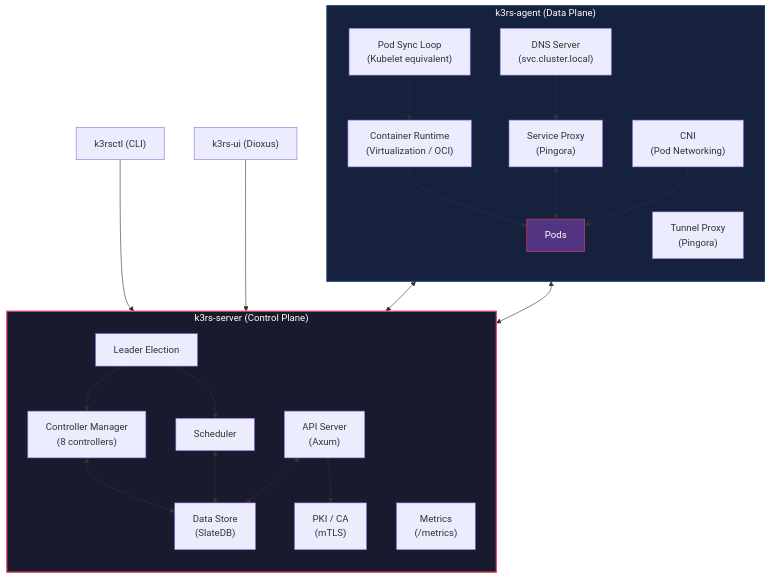
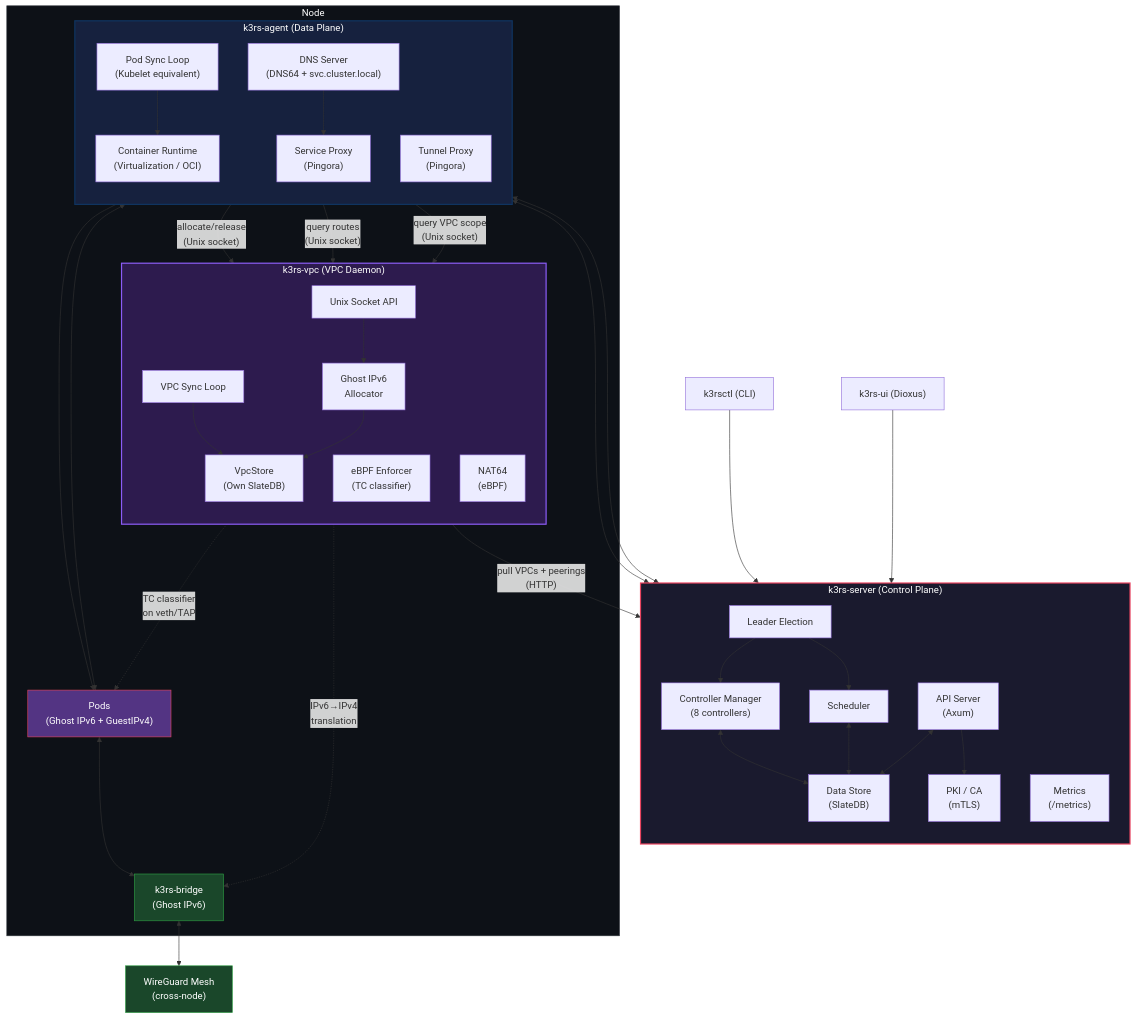
Before and after one commit to AssetsArt/k3rs: the diagram in spec.md, drawn with Mermaid. The commit also changed other lines of this file, not shown here.

Commit message:
feat: introduce k3rs-vpc daemon with Ghost IPv6, eBPF, and NAT64, updating the architecture diagram and component descriptions.

````diff
--- a/spec.md
+++ b/spec.md
@@ -20,47 +20,77 @@
 ```mermaid
 graph TB
     subgraph server["k3rs-server (Control Plane)"]
         direction TB
         API["API Server<br/>(Axum)"]
         SCHED["Scheduler"]
         CTRL["Controller Manager<br/>(8 controllers)"]
         DB["Data Store<br/>(SlateDB)"]
         LEADER["Leader Election"]
         METRICS["Metrics<br/>(/metrics)"]
         PKI["PKI / CA<br/>(mTLS)"]
 
         API <--> DB
         SCHED <--> DB
         CTRL <--> DB
         LEADER --> CTRL
         LEADER --> SCHED
         API --> PKI
     end
 
-    subgraph agent["k3rs-agent (Data Plane)"]
-        direction TB
-        KUBELET["Pod Sync Loop<br/>(Kubelet equivalent)"]
-        RUNTIME["Container Runtime<br/>(Virtualization / OCI)"]
-        SPROXY["Service Proxy<br/>(Pingora)"]
-        TUNNEL["Tunnel Proxy<br/>(Pingora)"]
-        DNS["DNS Server<br/>(svc.cluster.local)"]
-        CNI["CNI<br/>(Pod Networking)"]
+    subgraph node["Node"]
+        subgraph vpc_daemon["k3rs-vpc (VPC Daemon)"]
+            direction TB
+            VPC_SYNC["VPC Sync Loop"]
+            GHOST["Ghost IPv6<br/>Allocator"]
+            EBPF["eBPF Enforcer<br/>(TC classifier)"]
+            NAT64["NAT64<br/>(eBPF)"]
+            VPC_STORE["VpcStore<br/>(Own SlateDB)"]
+            VPC_SOCK["Unix Socket API"]
+
+            VPC_SYNC --> VPC_STORE
+            GHOST --> VPC_STORE
+            VPC_SOCK --> GHOST
+        end
+
+        subgraph agent["k3rs-agent (Data Plane)"]
+            direction TB
+            KUBELET["Pod Sync Loop<br/>(Kubelet equivalent)"]
+            RUNTIME["Container Runtime<br/>(Virtualization / OCI)"]
+            SPROXY["Service Proxy<br/>(Pingora)"]
+            TUNNEL["Tunnel Proxy<br/>(Pingora)"]
+            DNS["DNS Server<br/>(DNS64 + svc.cluster.local)"]
+        end
+
+        BRIDGE["k3rs-bridge<br/>(Ghost IPv6)"]
+        PODS["Pods<br/>(Ghost IPv6 + GuestIPv4)"]
 
         KUBELET --> RUNTIME
         RUNTIME --> PODS
         SPROXY <--> PODS
         DNS --> SPROXY
-        CNI --> PODS
+        PODS <--> BRIDGE
+        EBPF -.->|"TC classifier<br/>on veth/TAP"| PODS
+        NAT64 -.->|"IPv6→IPv4<br/>translation"| BRIDGE
+
+        KUBELET -- "allocate/release<br/>(Unix socket)" --> VPC_SOCK
+        SPROXY -- "query routes<br/>(Unix socket)" --> VPC_SOCK
+        DNS -- "query VPC scope<br/>(Unix socket)" --> VPC_SOCK
     end
-
-    PODS["Pods"]
 
     CLI["k3rsctl (CLI)"] --> API
     UI["k3rs-ui (Dioxus)"] --> API
     TUNNEL <--> API
     KUBELET <--> API
+    VPC_SYNC -- "pull VPCs + peerings<br/>(HTTP)" --> API
+
+    WG["WireGuard Mesh<br/>(cross-node)"]
+    BRIDGE <--> WG
 
     style server fill:#1a1a2e,stroke:#e94560,stroke-width:2px,color:#fff
     style agent fill:#16213e,stroke:#0f3460,stroke-width:2px,color:#fff
+    style vpc_daemon fill:#2d1b4e,stroke:#8b5cf6,stroke-width:2px,color:#fff
+    style node fill:#0d1117,stroke:#30363d,stroke-width:1px,color:#fff
     style PODS fill:#533483,stroke:#e94560,color:#fff
+    style BRIDGE fill:#1a472a,stroke:#2ea043,color:#fff
+    style WG fill:#1a472a,stroke:#2ea043,color:#fff
 ```
````
